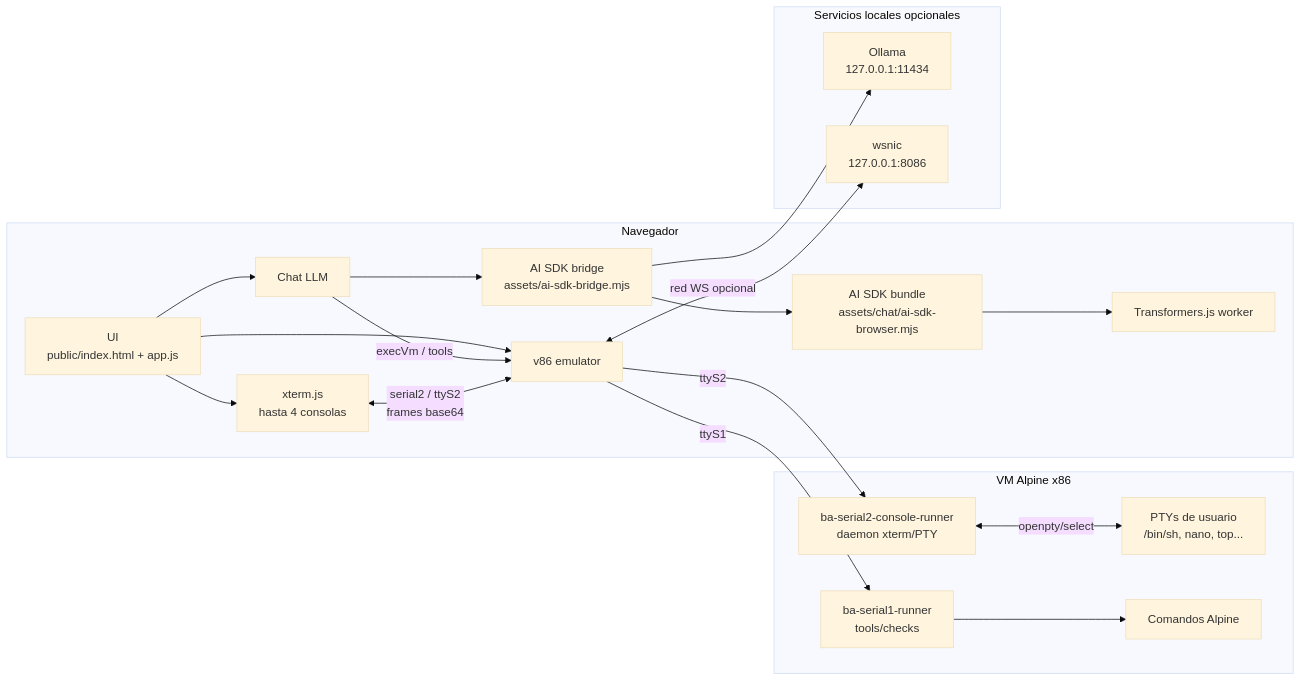
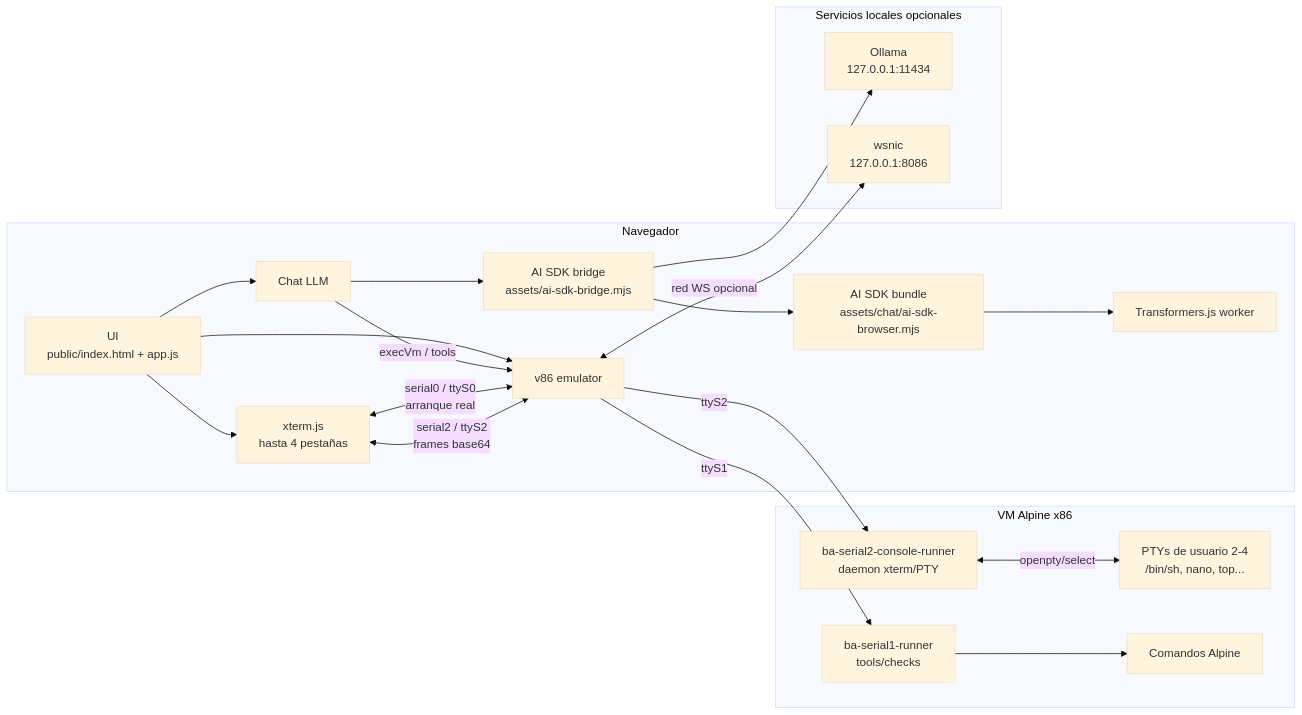
One commit to Len4m/browser-agent-v86-poc changed the diagram in docs/ARCHITECTURE.md. Above: the diagram before and after it, drawn with Mermaid (base theme). The commit also changed other lines of this file and 10 other files, not shown here.

````diff
--- a/docs/ARCHITECTURE.md
+++ b/docs/ARCHITECTURE.md
@@ -9,39 +9,40 @@
 ```mermaid
 flowchart LR
   subgraph Browser["Navegador"]
     UI["UI<br/>public/index.html + app.js"]
-    Xterm["xterm.js<br/>hasta 4 consolas"]
+    Xterm["xterm.js<br/>hasta 4 pestañas"]
     Chat["Chat LLM"]
     Bridge["AI SDK bridge<br/>assets/ai-sdk-bridge.mjs"]
     AiBundle["AI SDK bundle<br/>assets/chat/ai-sdk-browser.mjs"]
     Worker["Transformers.js worker"]
     V86["v86 emulator"]
   end
 
   subgraph VM["VM Alpine x86"]
-    PTY["PTYs de usuario<br/>/bin/sh, nano, top..."]
+    PTY["PTYs de usuario 2-4<br/>/bin/sh, nano, top..."]
     S1["ba-serial1-runner<br/>tools/checks"]
     S2["ba-serial2-console-runner<br/>daemon xterm/PTY"]
     Tools["Comandos Alpine"]
   end
 
   subgraph Local["Servicios locales opcionales"]
     Ollama["Ollama<br/>127.0.0.1:11434"]
     Wsnic["wsnic<br/>127.0.0.1:8086"]
   end
 
   UI --> Chat
   UI --> Xterm
   UI --> V86
   Chat --> Bridge
   Bridge --> AiBundle
   AiBundle --> Worker
   Bridge --> Ollama
   Chat -->|"execVm / tools"| V86
+  Xterm <-->|"serial0 / ttyS0<br/>arranque real"| V86
   Xterm <-->|"serial2 / ttyS2<br/>frames base64"| V86
   V86 -->|"ttyS1"| S1
   S1 --> Tools
   V86 -->|"ttyS2"| S2
   S2 <-->|"openpty/select"| PTY
   V86 <-->|"red WS opcional"| Wsnic
 ```
````
